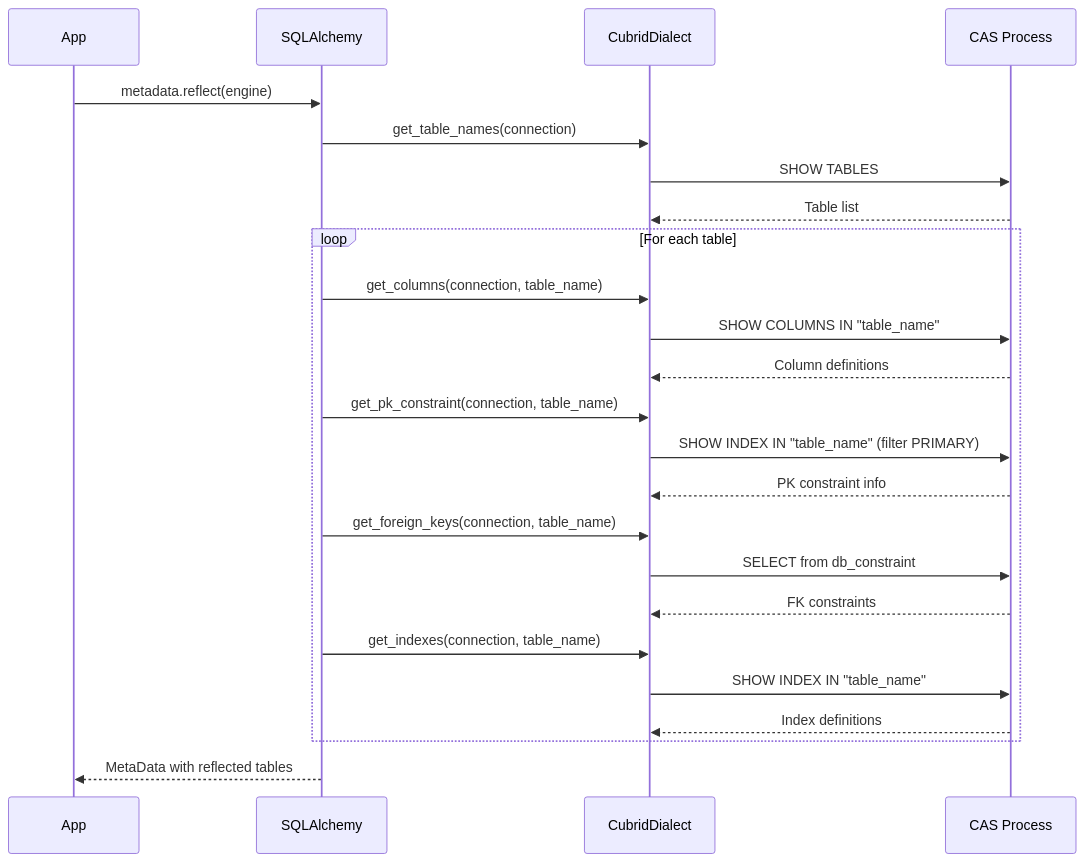
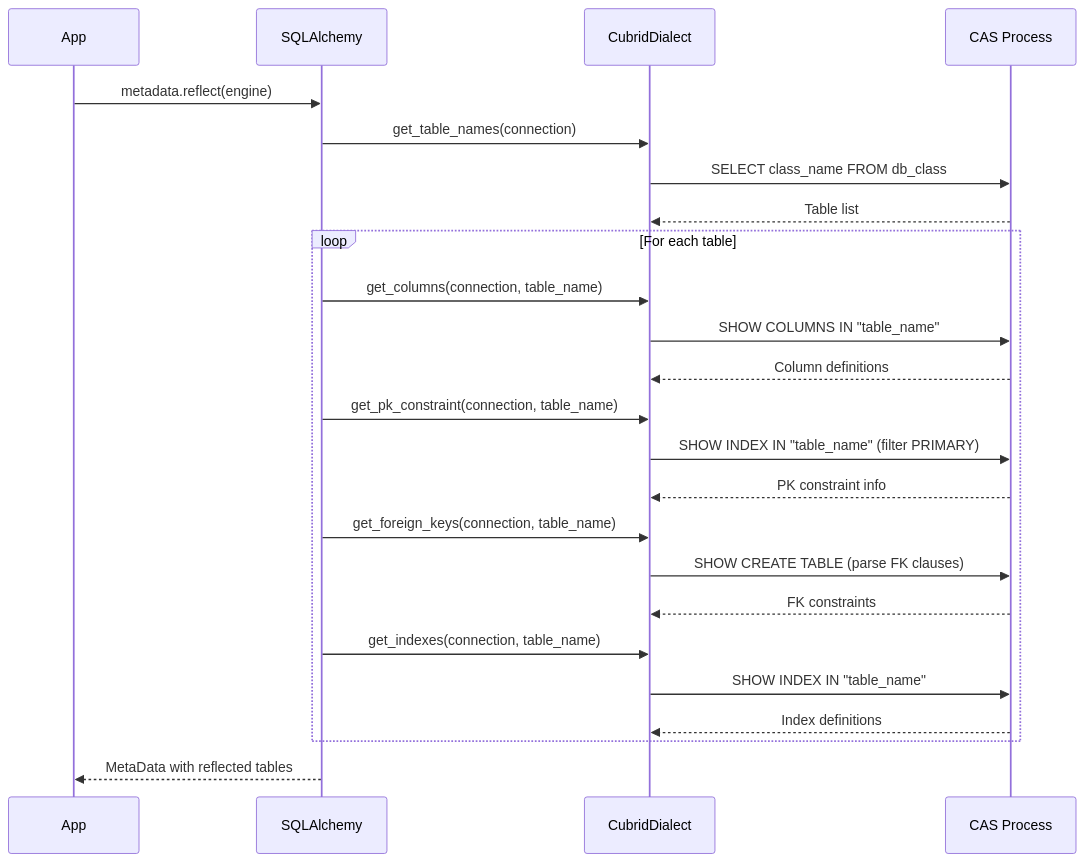
Before and after one commit to cubrid-labs/sqlalchemy-cubrid: the third of 6 diagrams in docs/ARCHITECTURE.md, drawn with Mermaid. The commit also changed other lines of this file and 17 other files, not shown here.

````diff
--- a/docs/ARCHITECTURE.md
+++ b/docs/ARCHITECTURE.md
@@ -86,32 +86,32 @@
 ```mermaid
 sequenceDiagram
     participant App
     participant SA as SQLAlchemy
     participant Dialect as CubridDialect
     participant CAS as CAS Process
     
     App->>SA: metadata.reflect(engine)
     SA->>Dialect: get_table_names(connection)
-    Dialect->>CAS: SHOW TABLES
+    Dialect->>CAS: SELECT class_name FROM db_class
     CAS-->>Dialect: Table list
     
     loop For each table
       SA->>Dialect: get_columns(connection, table_name)
       Dialect->>CAS: SHOW COLUMNS IN "table_name"
       CAS-->>Dialect: Column definitions
       
       SA->>Dialect: get_pk_constraint(connection, table_name)
       Dialect->>CAS: SHOW INDEX IN "table_name" (filter PRIMARY)
       CAS-->>Dialect: PK constraint info
       
       SA->>Dialect: get_foreign_keys(connection, table_name)
-      Dialect->>CAS: SELECT from db_constraint
+      Dialect->>CAS: SHOW CREATE TABLE (parse FK clauses)
       CAS-->>Dialect: FK constraints
       
       SA->>Dialect: get_indexes(connection, table_name)
       Dialect->>CAS: SHOW INDEX IN "table_name"
       CAS-->>Dialect: Index definitions
     end
     
     SA-->>App: MetaData with reflected tables
 ```
````
